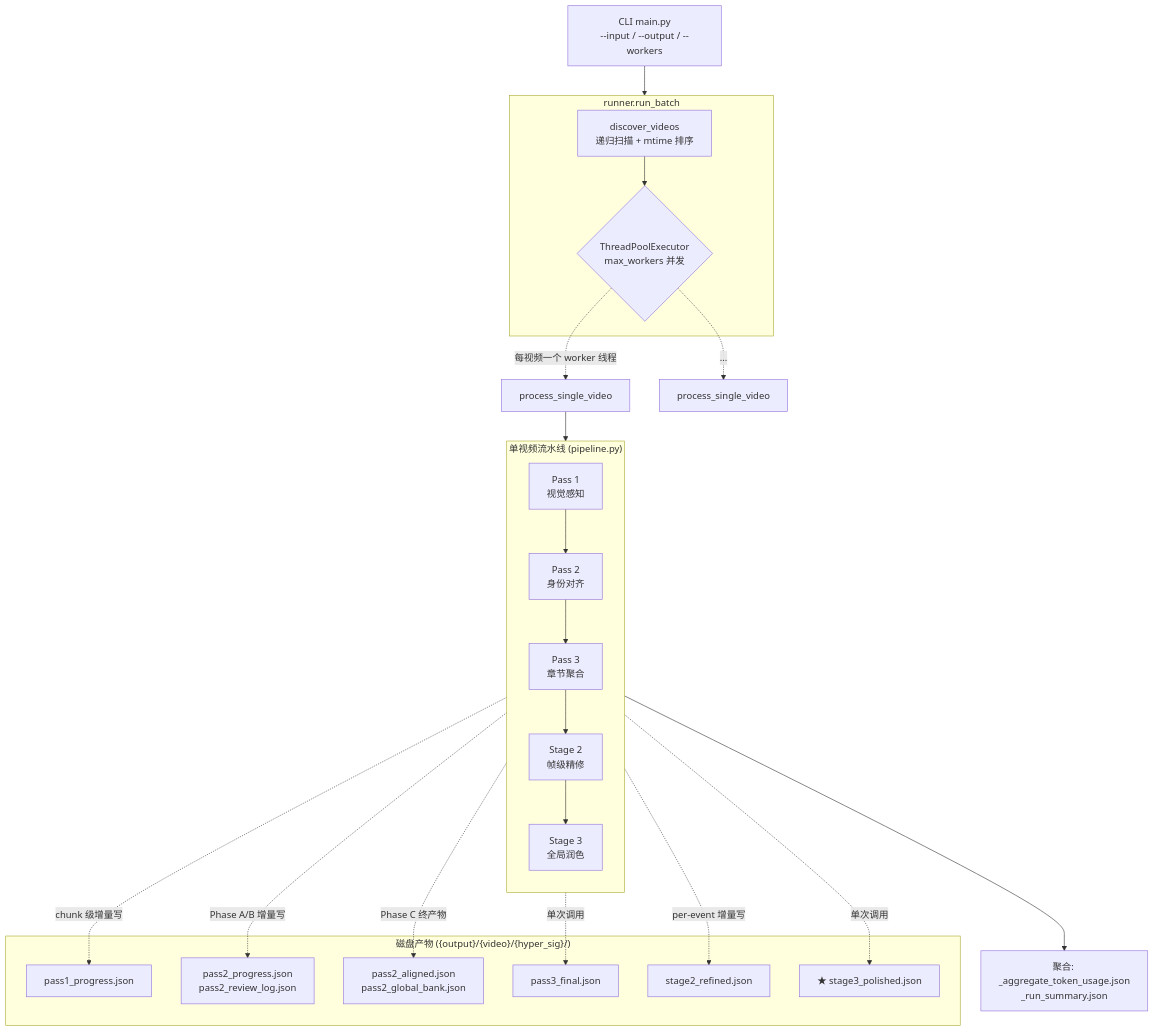
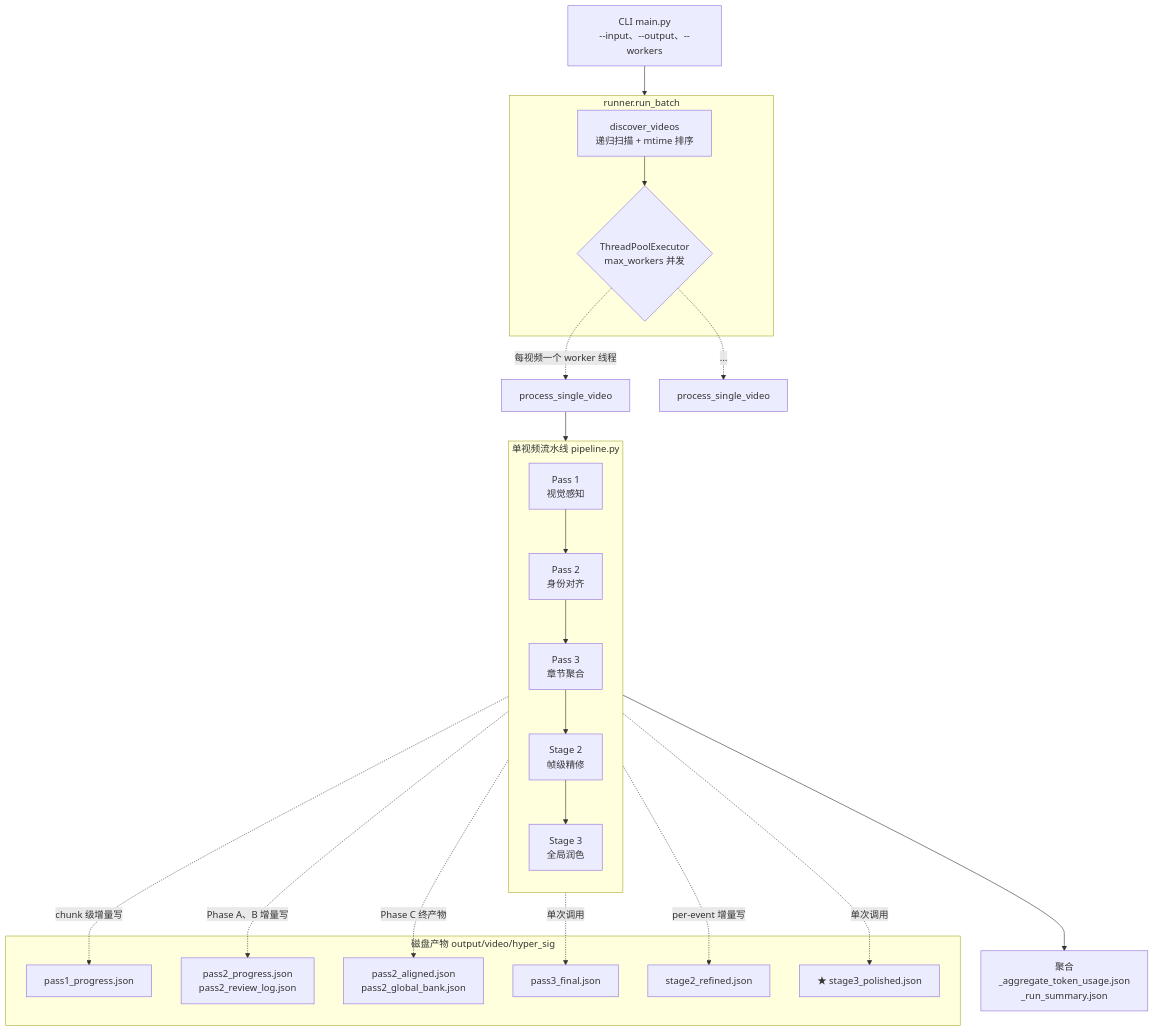
The first of 4 diagrams in README.md (warmheartHoward/LongVideoCaption), drawn with Mermaid before and after one commit. The commit also changed other lines of this file, not shown here.

````diff
--- a/README.md
+++ b/README.md
@@ -10,43 +10,43 @@
 ```mermaid
 flowchart TB
-    CLI[CLI main.py<br/>--input / --output / --workers] --> Runner
+    CLI["CLI main.py<br/>--input、--output、--workers"] --> Runner
 
     subgraph Runner["runner.run_batch"]
-        Disc[discover_videos<br/>递归扫描 + mtime 排序]
-        Pool{ThreadPoolExecutor<br/>max_workers 并发}
+        Disc["discover_videos<br/>递归扫描 + mtime 排序"]
+        Pool{"ThreadPoolExecutor<br/>max_workers 并发"}
         Disc --> Pool
     end
 
-    Pool -.->|每视频一个 worker 线程| Pipe1[process_single_video]
-    Pool -.->|...| PipeN[process_single_video]
+    Pool -.->|"每视频一个 worker 线程"| Pipe1["process_single_video"]
+    Pool -.->|"..."| PipeN["process_single_video"]
 
-    subgraph PerVideo["单视频流水线 (pipeline.py)"]
+    subgraph PerVideo["单视频流水线 pipeline.py"]
         direction TB
-        P1[Pass 1<br/>视觉感知]
-        P2[Pass 2<br/>身份对齐]
-        P3[Pass 3<br/>章节聚合]
-        S2[Stage 2<br/>帧级精修]
-        S3[Stage 3<br/>全局润色]
+        P1["Pass 1<br/>视觉感知"]
+        P2["Pass 2<br/>身份对齐"]
+        P3["Pass 3<br/>章节聚合"]
+        S2["Stage 2<br/>帧级精修"]
+        S3["Stage 3<br/>全局润色"]
         P1 --> P2 --> P3 --> S2 --> S3
     end
 
     Pipe1 --> PerVideo
 
-    subgraph Artifacts["磁盘产物 ({output}/{video}/{hyper_sig}/)"]
-        F1[pass1_progress.json]
-        F2[pass2_progress.json<br/>pass2_review_log.json]
-        F3[pass2_aligned.json<br/>pass2_global_bank.json]
-        F4[pass3_final.json]
-        F5[stage2_refined.json]
-        F6[★ stage3_polished.json]
+    subgraph Artifacts["磁盘产物 output/video/hyper_sig"]
+        F1["pass1_progress.json"]
+        F2["pass2_progress.json<br/>pass2_review_log.json"]
+        F3["pass2_aligned.json<br/>pass2_global_bank.json"]
+        F4["pass3_final.json"]
+        F5["stage2_refined.json"]
+        F6["★ stage3_polished.json"]
     end
 
-    P1 -.->|chunk 级增量写| F1
-    P2 -.->|Phase A/B 增量写| F2
-    P2 -.->|Phase C 终产物| F3
-    P3 -.->|单次调用| F4
-    S2 -.->|per-event 增量写| F5
-    S3 -.->|单次调用| F6
+    P1 -.->|"chunk 级增量写"| F1
+    P2 -.->|"Phase A、B 增量写"| F2
+    P2 -.->|"Phase C 终产物"| F3
+    P3 -.->|"单次调用"| F4
+    S2 -.->|"per-event 增量写"| F5
+    S3 -.->|"单次调用"| F6
 
-    PerVideo --> Agg[聚合: _aggregate_token_usage.json<br/>_run_summary.json]
+    PerVideo --> Agg["聚合<br/>_aggregate_token_usage.json<br/>_run_summary.json"]
 ```
````
